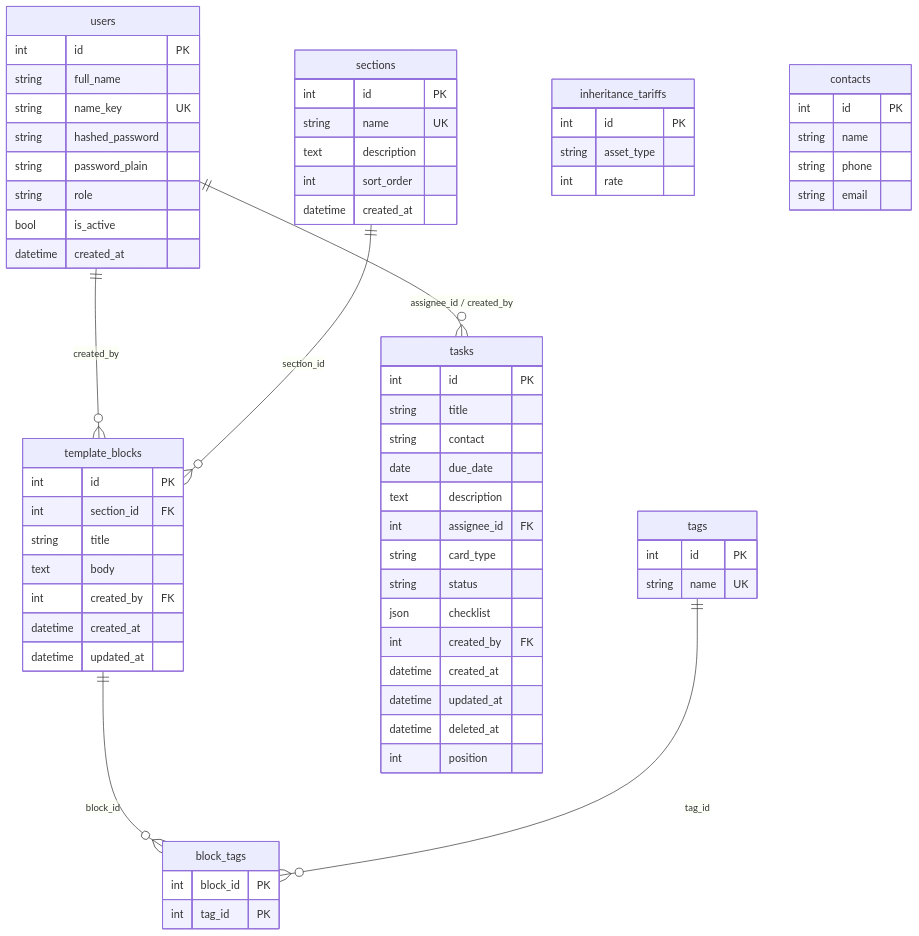
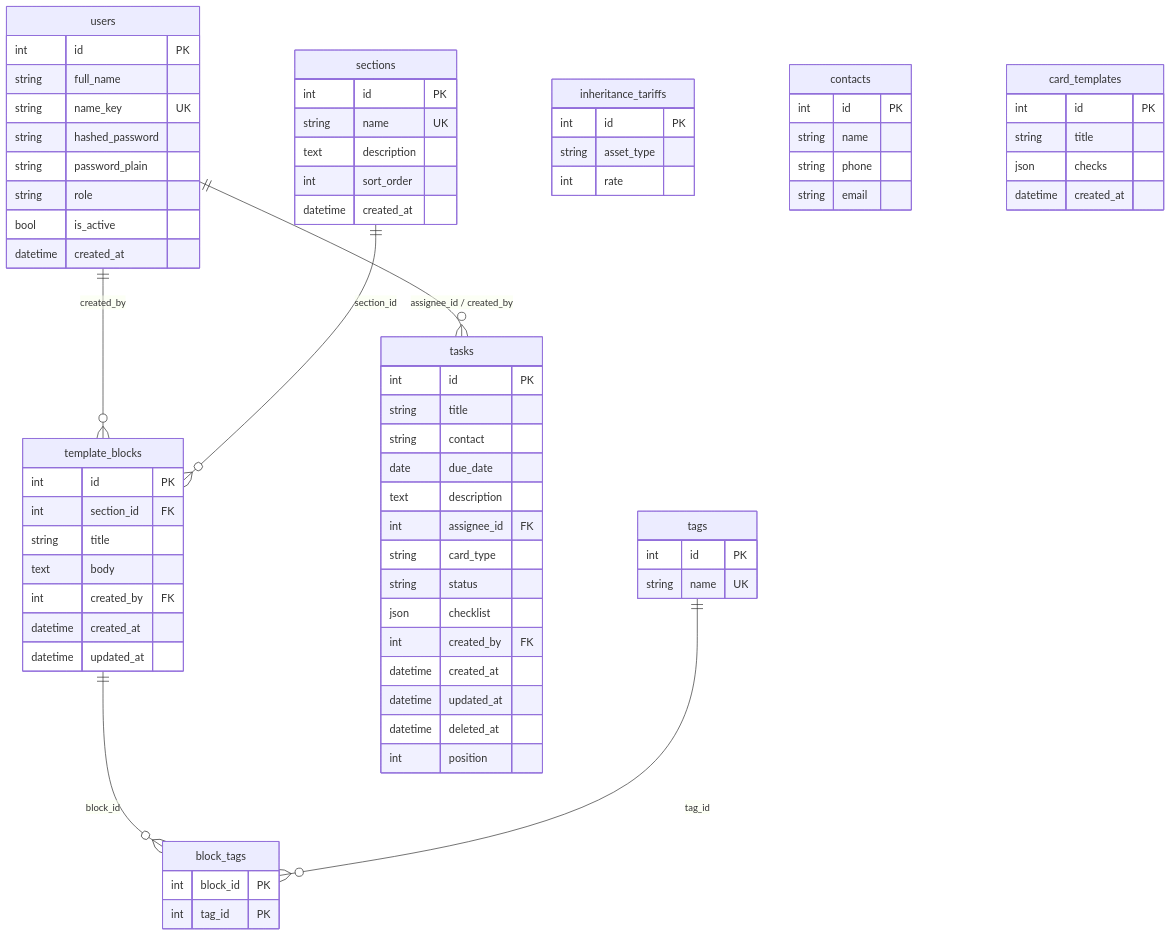
The second of 2 diagrams in PROJECT_MAP.md (serginyakow-rgb/Portal), drawn with Mermaid before and after one commit. The commit also changed other lines of this file and 3 other files, not shown here.

````diff
--- a/PROJECT_MAP.md
+++ b/PROJECT_MAP.md
@@ -987,4 +1072,11 @@
         string phone
         string email
     }
+
+    card_templates {
+        int id PK
+        string title
+        json checks
+        datetime created_at
+    }
 ```
````
